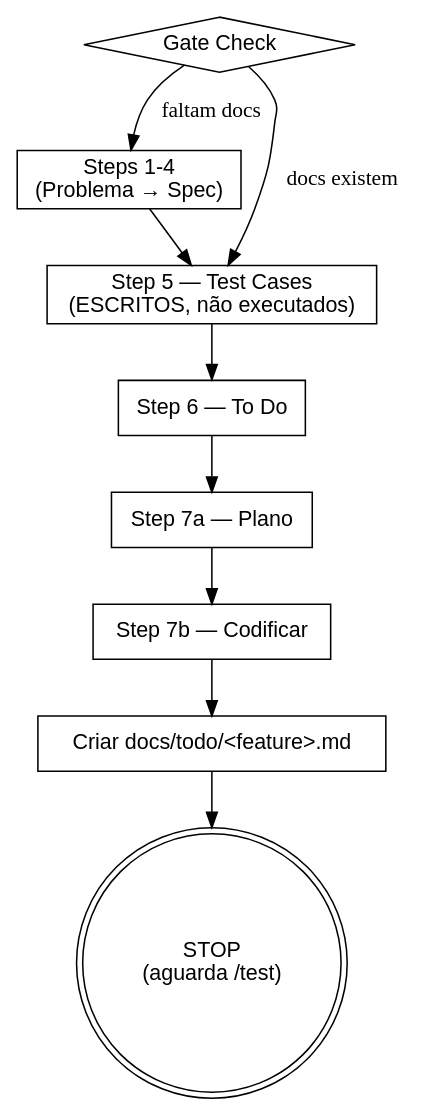
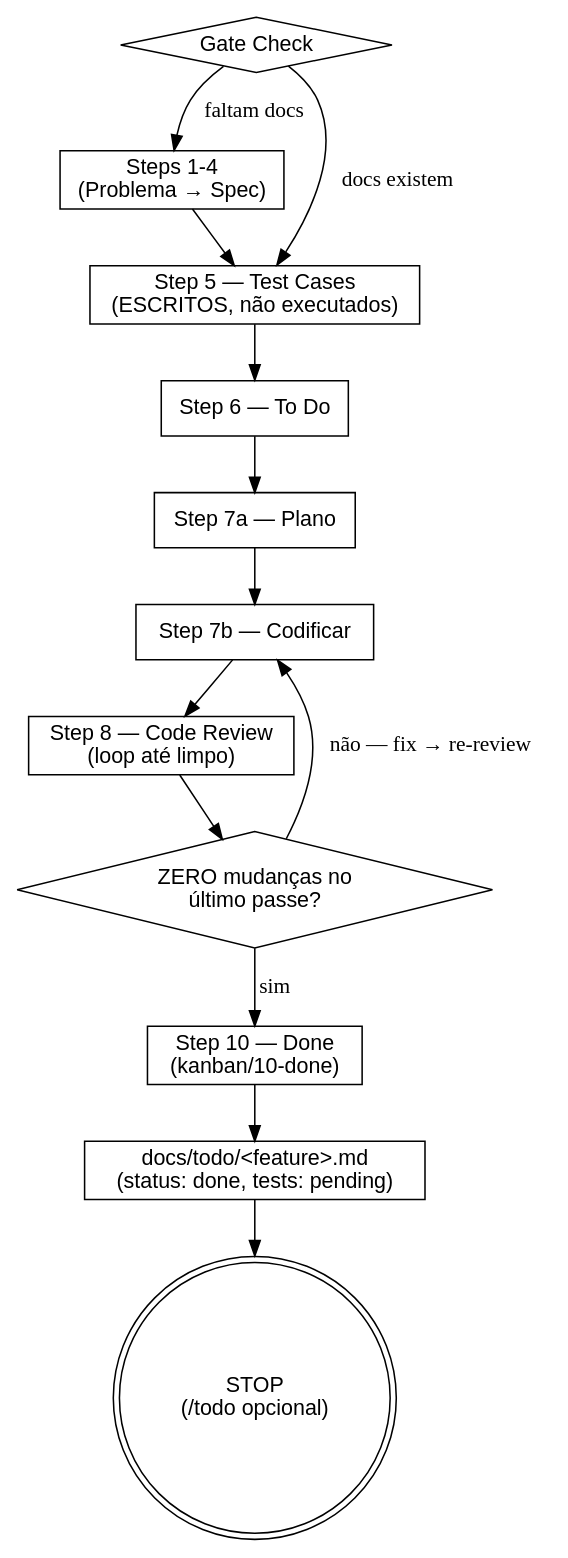
The diagram in skills/fast/SKILL.md (eduardofurihata/lp-skills), drawn with Graphviz before and after one commit. The commit also changed other lines of this file, not shown here.

First line of the commit message:
feat(skills/fast): include steps 8 + 10, dual-field tracking, optional /todo

````diff
--- a/skills/fast/SKILL.md
+++ b/skills/fast/SKILL.md
@@ -50,24 +54,31 @@
 ```dot
 digraph fast {
     rankdir=TB;
     node [fontname="Helvetica"];
 
     gate [label="Gate Check" shape=diamond];
     steps14 [label="Steps 1-4\n(Problema → Spec)" shape=box];
     step5 [label="Step 5 — Test Cases\n(ESCRITOS, não executados)" shape=box];
     step6 [label="Step 6 — To Do" shape=box];
     step7a [label="Step 7a — Plano" shape=box];
     step7b [label="Step 7b — Codificar" shape=box];
-    tracking [label="Criar docs/todo/<feature>.md" shape=box];
-    stop [label="STOP\n(aguarda /test)" shape=doublecircle];
+    step8 [label="Step 8 — Code Review\n(loop até limpo)" shape=box];
+    clean [label="ZERO mudanças no\núltimo passe?" shape=diamond];
+    step10 [label="Step 10 — Done\n(kanban/10-done)" shape=box];
+    tracking [label="docs/todo/<feature>.md\n(status: done, tests: pending)" shape=box];
+    stop [label="STOP\n(/todo opcional)" shape=doublecircle];
 
     gate -> steps14 [label="faltam docs"];
     gate -> step5 [label="docs existem"];
     steps14 -> step5;
     step5 -> step6;
     step6 -> step7a;
     step7a -> step7b;
-    step7b -> tracking;
+    step7b -> step8;
+    step8 -> clean;
+    clean -> step7b [label="não — fix → re-review"];
+    clean -> step10 [label="sim"];
+    step10 -> tracking;
     tracking -> stop;
 }
 ```
````
